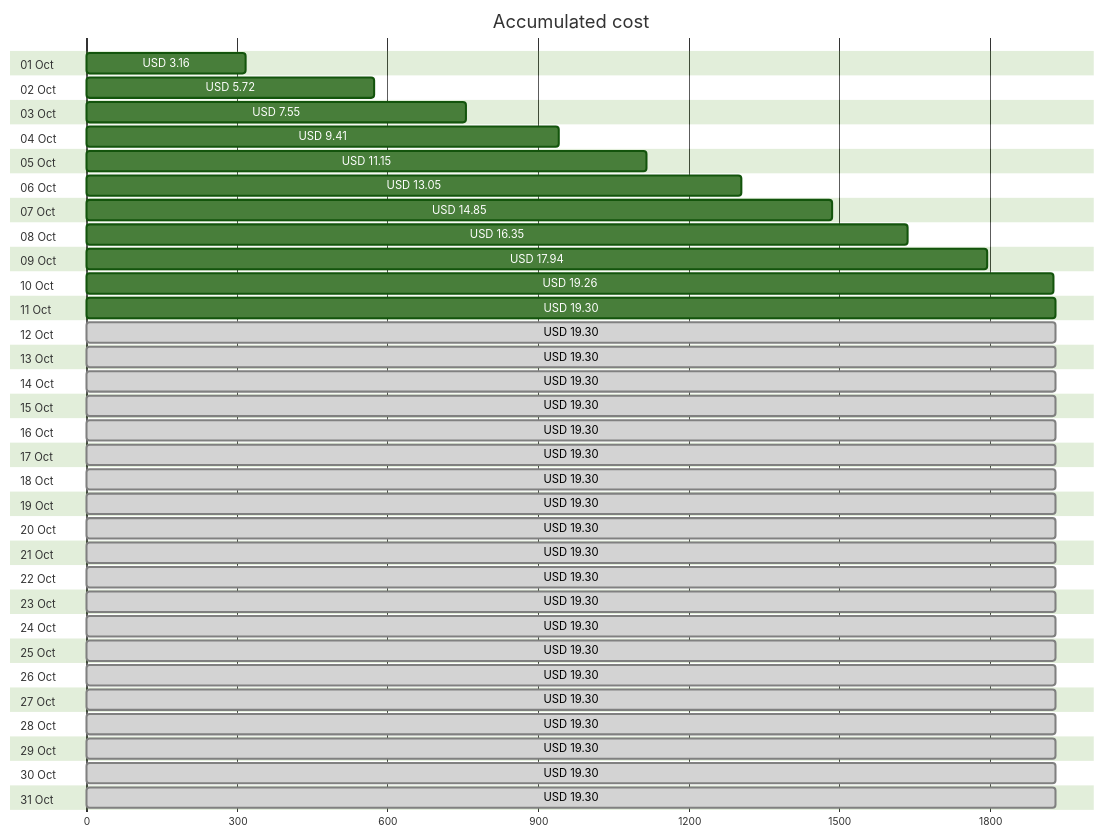
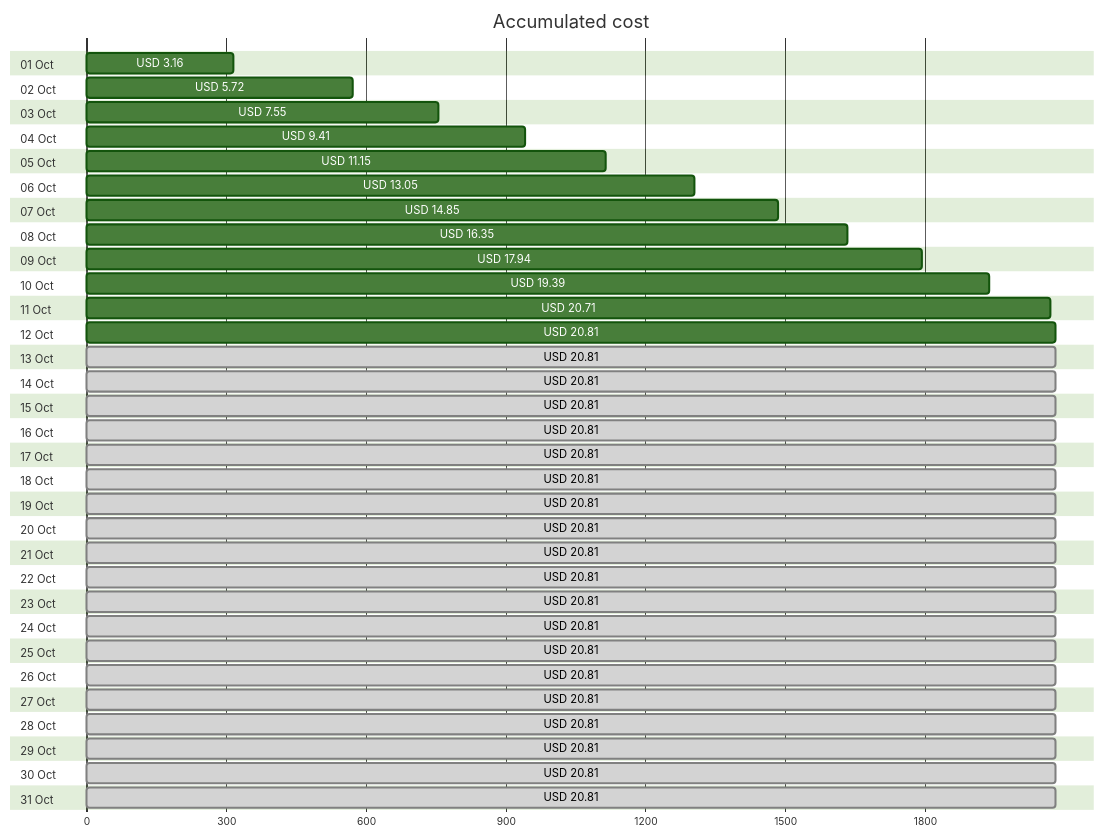
The first of 4 diagrams in cost-reports/personal-network/README.md (jpfulton/azure-personal-reports), drawn with Mermaid (forest theme) before and after one commit. The commit also changed other lines of this file and 8 other files, not shown here.

````diff
--- a/cost-reports/personal-network/README.md
+++ b/cost-reports/personal-network/README.md
@@ -20,68 +20,68 @@
 ```mermaid
 gantt
    title Accumulated cost
    dateFormat  X
    axisFormat %s
    section 01 Oct
    USD 3.16 :0, 316
    section 02 Oct
    USD 5.72 :0, 572
    section 03 Oct
    USD 7.55 :0, 755
    section 04 Oct
    USD 9.41 :0, 941
    section 05 Oct
    USD 11.15 :0, 1115
    section 06 Oct
    USD 13.05 :0, 1305
    section 07 Oct
    USD 14.85 :0, 1485
    section 08 Oct
    USD 16.35 :0, 1635
    section 09 Oct
    USD 17.94 :0, 1794
    section 10 Oct
-   USD 19.26 :0, 1926
+   USD 19.39 :0, 1939
    section 11 Oct
-   USD 19.30 :0, 1930
+   USD 20.71 :0, 2071
    section 12 Oct
-   USD 19.30 : done, 0, 1930
+   USD 20.81 :0, 2081
    section 13 Oct
-   USD 19.30 : done, 0, 1930
+   USD 20.81 : done, 0, 2081
    section 14 Oct
-   USD 19.30 : done, 0, 1930
+   USD 20.81 : done, 0, 2081
    section 15 Oct
-   USD 19.30 : done, 0, 1930
+   USD 20.81 : done, 0, 2081
    section 16 Oct
-   USD 19.30 : done, 0, 1930
+   USD 20.81 : done, 0, 2081
    section 17 Oct
-   USD 19.30 : done, 0, 1930
+   USD 20.81 : done, 0, 2081
    section 18 Oct
-   USD 19.30 : done, 0, 1930
+   USD 20.81 : done, 0, 2081
    section 19 Oct
-   USD 19.30 : done, 0, 1930
+   USD 20.81 : done, 0, 2081
    section 20 Oct
-   USD 19.30 : done, 0, 1930
+   USD 20.81 : done, 0, 2081
    section 21 Oct
-   USD 19.30 : done, 0, 1930
+   USD 20.81 : done, 0, 2081
    section 22 Oct
-   USD 19.30 : done, 0, 1930
+   USD 20.81 : done, 0, 2081
    section 23 Oct
-   USD 19.30 : done, 0, 1930
+   USD 20.81 : done, 0, 2081
    section 24 Oct
-   USD 19.30 : done, 0, 1930
+   USD 20.81 : done, 0, 2081
    section 25 Oct
-   USD 19.30 : done, 0, 1930
+   USD 20.81 : done, 0, 2081
    section 26 Oct
-   USD 19.30 : done, 0, 1930
+   USD 20.81 : done, 0, 2081
    section 27 Oct
-   USD 19.30 : done, 0, 1930
+   USD 20.81 : done, 0, 2081
    section 28 Oct
-   USD 19.30 : done, 0, 1930
+   USD 20.81 : done, 0, 2081
    section 29 Oct
-   USD 19.30 : done, 0, 1930
+   USD 20.81 : done, 0, 2081
    section 30 Oct
-   USD 19.30 : done, 0, 1930
+   USD 20.81 : done, 0, 2081
    section 31 Oct
-   USD 19.30 : done, 0, 1930
+   USD 20.81 : done, 0, 2081
 ```
````
